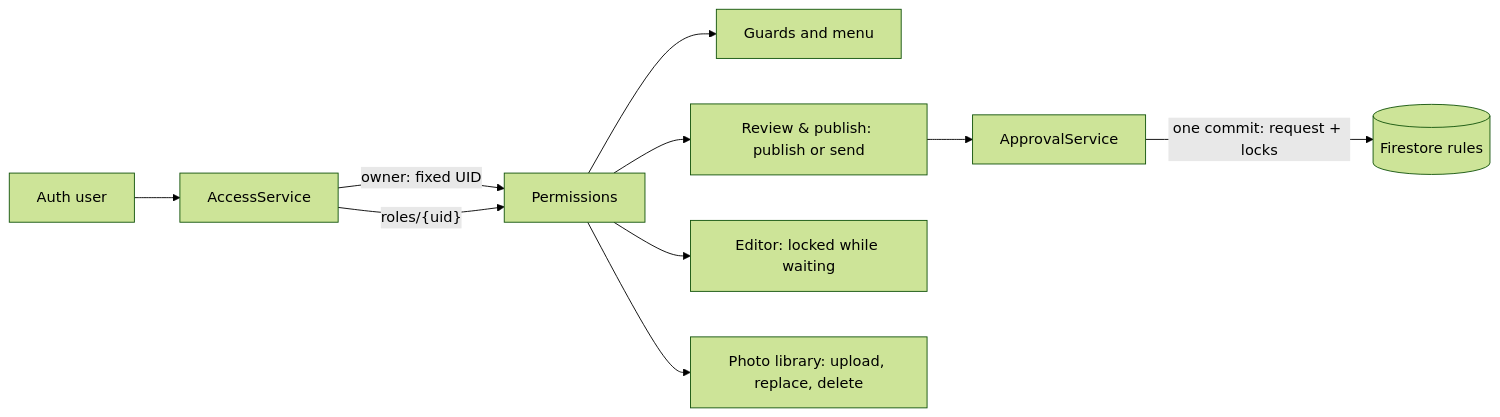
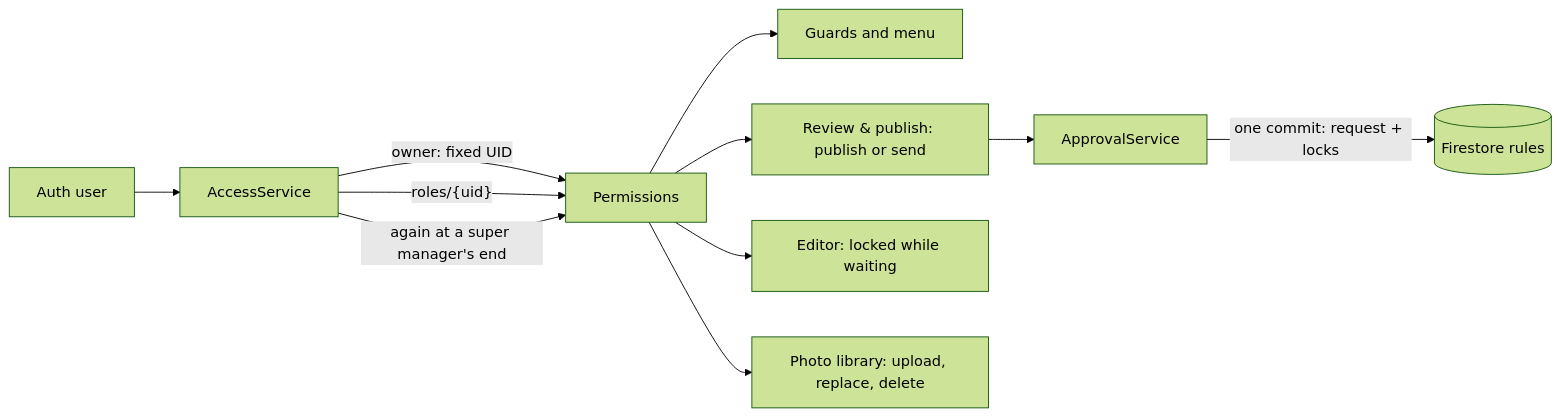
One commit to RaviAkhouri30/taalyatra changed the third of 3 diagrams in docs/architecture/overview.md. Above: the diagram before and after it, drawn with Mermaid (forest theme). The commit also changed other lines of this file and 72 other files, not shown here.

First line of the commit message:
feat(admin): a super manager who approves for the owner, for good or until a date (0024 V21)

````diff
--- a/docs/architecture/overview.md
+++ b/docs/architecture/overview.md
@@ -86,12 +88,13 @@
 ```mermaid
 flowchart LR
   A[Auth user] --> AS[AccessService]
   AS -- "owner: fixed UID" --> P[Permissions]
   AS -- "roles/{uid}" --> P
+  AS -- "again at a super manager's end" --> P
   P --> G[Guards and menu]
   P --> R[Review & publish: publish or send]
   P --> E[Editor: locked while waiting]
   P --> M[Photo library: upload, replace, delete]
   R --> AP[ApprovalService]
   AP -- "one commit: request + locks" --> F[(Firestore rules)]
 ```
````
